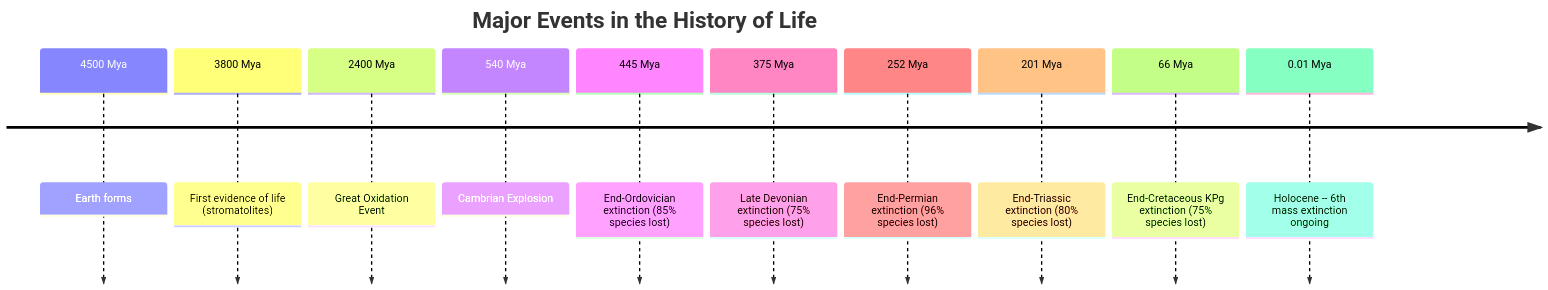
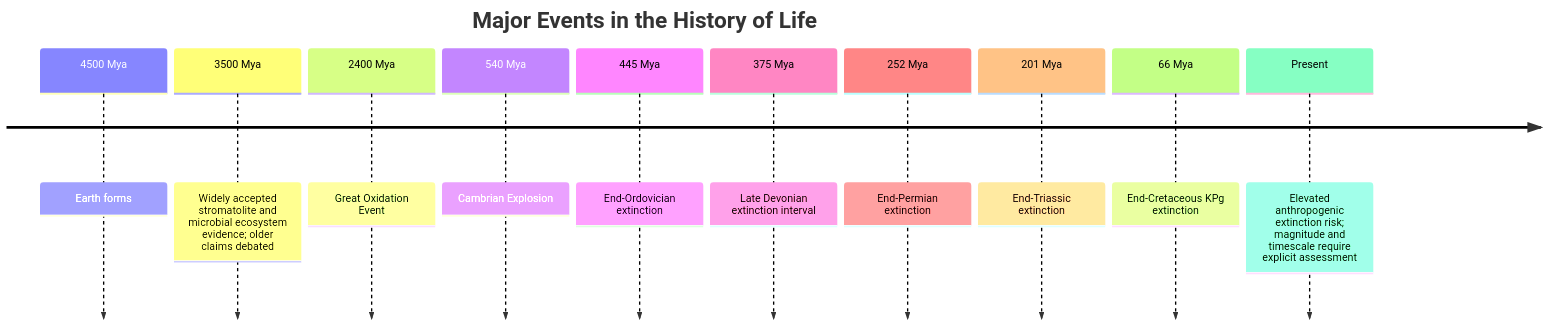
One commit to docxology/biology_textbook changed the third of 3 diagrams in docs/manuscript/unit_VI/evolution_and_selection.md. Above: the diagram before and after it, drawn with Mermaid. The commit also changed other lines of this file and 444 other files, not shown here.

````diff
--- a/docs/manuscript/unit_VI/evolution_and_selection.md
+++ b/docs/manuscript/unit_VI/evolution_and_selection.md
@@ -658,14 +658,14 @@
 ```mermaid
 timeline
     title Major Events in the History of Life
     4500 Mya : Earth forms
-    3800 Mya : First evidence of life (stromatolites)
+    3500 Mya : Widely accepted stromatolite and microbial ecosystem evidence; older claims debated
     2400 Mya : Great Oxidation Event
     540 Mya : Cambrian Explosion
-    445 Mya : End-Ordovician extinction (85% species lost)
-    375 Mya : Late Devonian extinction (75% species lost)
-    252 Mya : End-Permian extinction (96% species lost)
-    201 Mya : End-Triassic extinction (80% species lost)
-    66 Mya : End-Cretaceous KPg extinction (75% species lost)
-    0.01 Mya : Holocene -- 6th mass extinction ongoing
+    445 Mya : End-Ordovician extinction
+    375 Mya : Late Devonian extinction interval
+    252 Mya : End-Permian extinction
+    201 Mya : End-Triassic extinction
+    66 Mya : End-Cretaceous KPg extinction
+    Present : Elevated anthropogenic extinction risk; magnitude and timescale require explicit assessment
 ```
````
